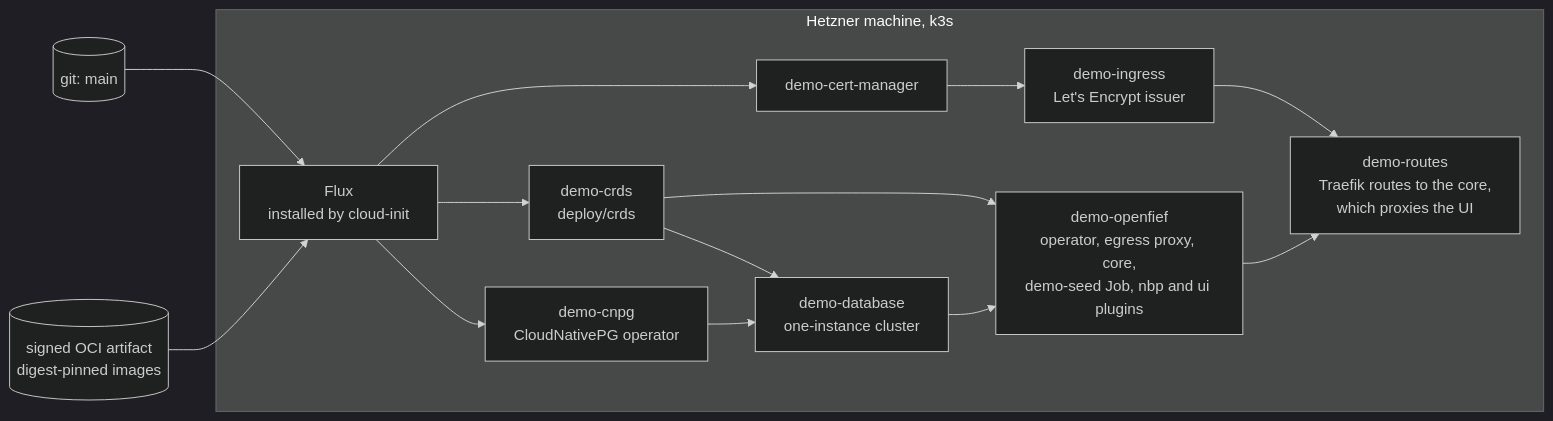
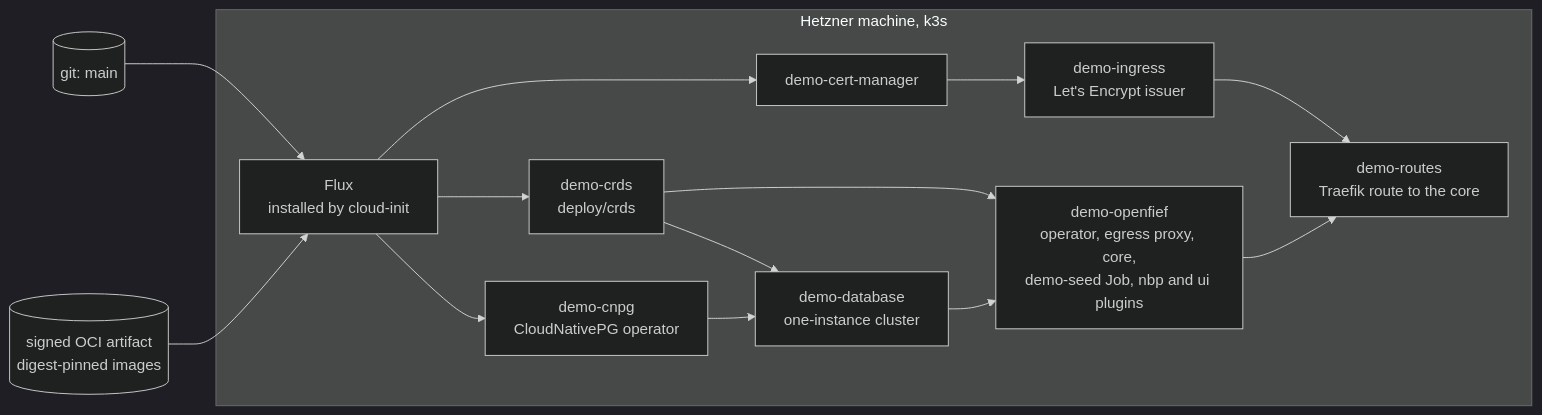
The eighth of 8 diagrams in docs/architecture.md (arkadiuss/openfief), drawn with Mermaid (dark theme) before and after one commit. The commit also changed other lines of this file and 55 other files, not shown here.

First line of the commit message:
docs: one story from landing to reference, guides, and icons in diagrams

````diff
--- a/docs/architecture.md
+++ b/docs/architecture.md
@@ -155,24 +209,24 @@
 ```mermaid
 flowchart LR
   git[("git: main")]
   oci[("signed OCI artifact<br/>digest-pinned images")]
   subgraph machine["Hetzner machine, k3s"]
     flux["Flux<br/>installed by cloud-init"]
     crds["demo-crds<br/>deploy/crds"]
     cnpg["demo-cnpg<br/>CloudNativePG operator"]
     db["demo-database<br/>one-instance cluster"]
     cm["demo-cert-manager"]
     ing["demo-ingress<br/>Let's Encrypt issuer"]
-    routes["demo-routes<br/>Traefik routes to the core,<br/>which proxies the UI"]
+    routes["demo-routes<br/>Traefik route to the core"]
     of["demo-openfief<br/>operator, egress proxy, core,<br/>demo-seed Job, nbp and ui plugins"]
   end
   git --> flux
   oci --> flux
   flux --> crds & cnpg & cm
   crds --> db
   cnpg --> db
   cm --> ing --> routes
   crds --> of
   db --> of
   of --> routes
 ```
````
